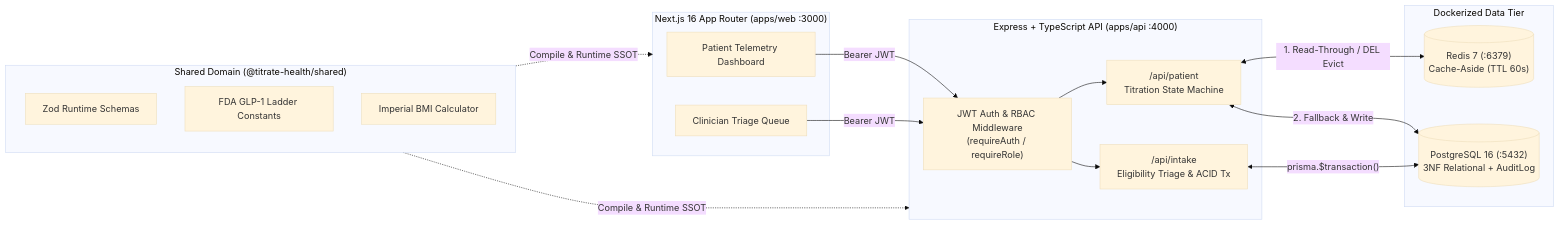
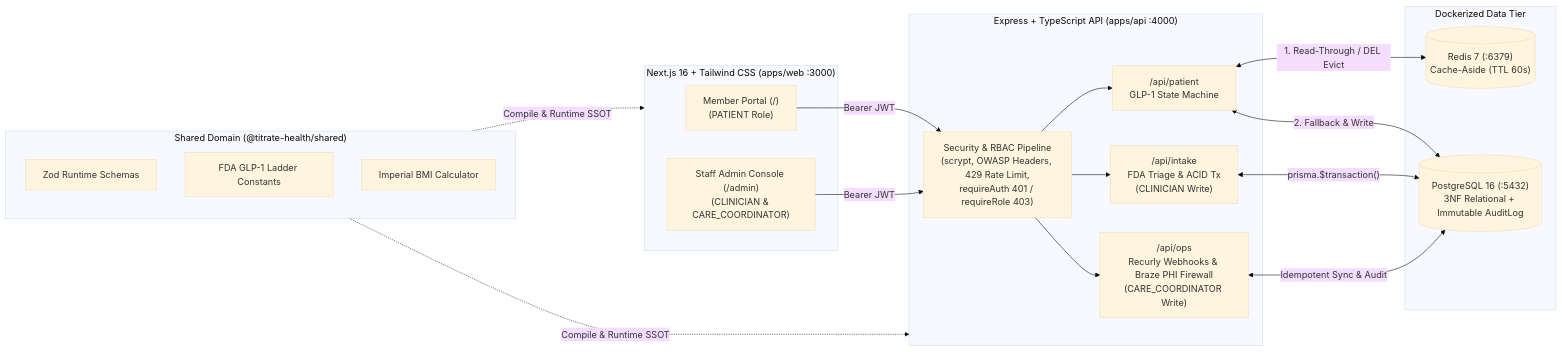
One commit to jacobyancey-bit/titrate-health changed the first of 2 diagrams in README.md. Above: the diagram before and after it, drawn with Mermaid (base theme). The commit also changed other lines of this file, not shown here.

Commit message:
docs(readme): document /admin Separation of Duties matrix, Recurly dunning sync, and Braze PHI firewall

````diff
--- a/README.md
+++ b/README.md
@@ -16,34 +23,37 @@
 ```mermaid
 flowchart LR
-  subgraph Client["Next.js 16 App Router (apps/web :3000)"]
-    PatientUI["Patient Telemetry Dashboard"]
-    ClinicianUI["Clinician Triage Queue"]
+  subgraph Client["Next.js 16 + Tailwind CSS (apps/web :3000)"]
+    MemberUI["Member Portal (/)\n(PATIENT Role)"]
+    AdminUI["Staff Admin Console (/admin)\n(CLINICIAN & CARE_COORDINATOR)"]
   end
 
   subgraph Shared["Shared Domain (@titrate-health/shared)"]
     ZodSchemas["Zod Runtime Schemas"]
     TitrationLadder["FDA GLP-1 Ladder Constants"]
     BmiEngine["Imperial BMI Calculator"]
   end
 
   subgraph API["Express + TypeScript API (apps/api :4000)"]
-    AuthMW["JWT Auth & RBAC Middleware\n(requireAuth / requireRole)"]
-    IntakeRoute["/api/intake\nEligibility Triage & ACID Tx"]
-    PatientRoute["/api/patient\nTitration State Machine"]
+    SecMW["Security & RBAC Pipeline\n(scrypt, OWASP Headers, 429 Rate Limit,\nrequireAuth 401 / requireRole 403)"]
+    IntakeRoute["/api/intake\nFDA Triage & ACID Tx\n(CLINICIAN Write)"]
+    PatientRoute["/api/patient\nGLP-1 State Machine"]
+    OpsRoute["/api/ops\nRecurly Webhooks & Braze PHI Firewall\n(CARE_COORDINATOR Write)"]
   end
 
   subgraph Data["Dockerized Data Tier"]
     Redis[("Redis 7 (:6379)\nCache-Aside (TTL 60s)")]
-    Postgres[("PostgreSQL 16 (:5432)\n3NF Relational + AuditLog")]
+    Postgres[("PostgreSQL 16 (:5432)\n3NF Relational + Immutable AuditLog")]
   end
 
-  PatientUI -->|"Bearer JWT"| AuthMW
-  ClinicianUI -->|"Bearer JWT"| AuthMW
+  MemberUI -->|"Bearer JWT"| SecMW
+  AdminUI -->|"Bearer JWT"| SecMW
   Shared -.->|"Compile & Runtime SSOT"| Client
   Shared -.->|"Compile & Runtime SSOT"| API
-  AuthMW --> IntakeRoute
-  AuthMW --> PatientRoute
+  SecMW --> IntakeRoute
+  SecMW --> PatientRoute
+  SecMW --> OpsRoute
   PatientRoute <-->|"1. Read-Through / DEL Evict"| Redis
   PatientRoute <-->|"2. Fallback & Write"| Postgres
   IntakeRoute <-->|"prisma.$transaction()"| Postgres
+  OpsRoute <-->|"Idempotent Sync & Audit"| Postgres
 ```
````
